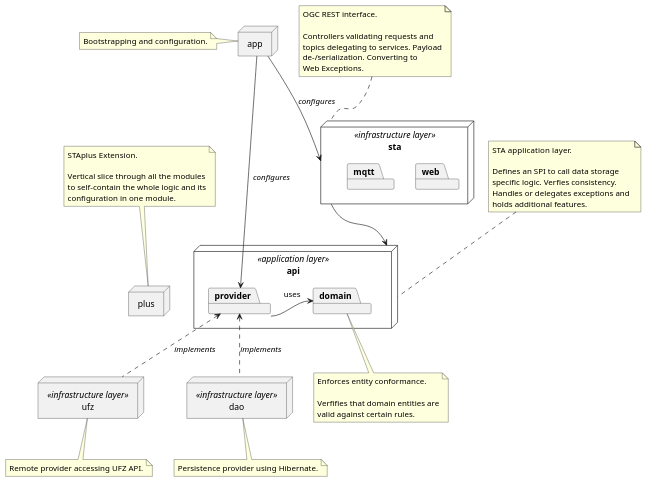
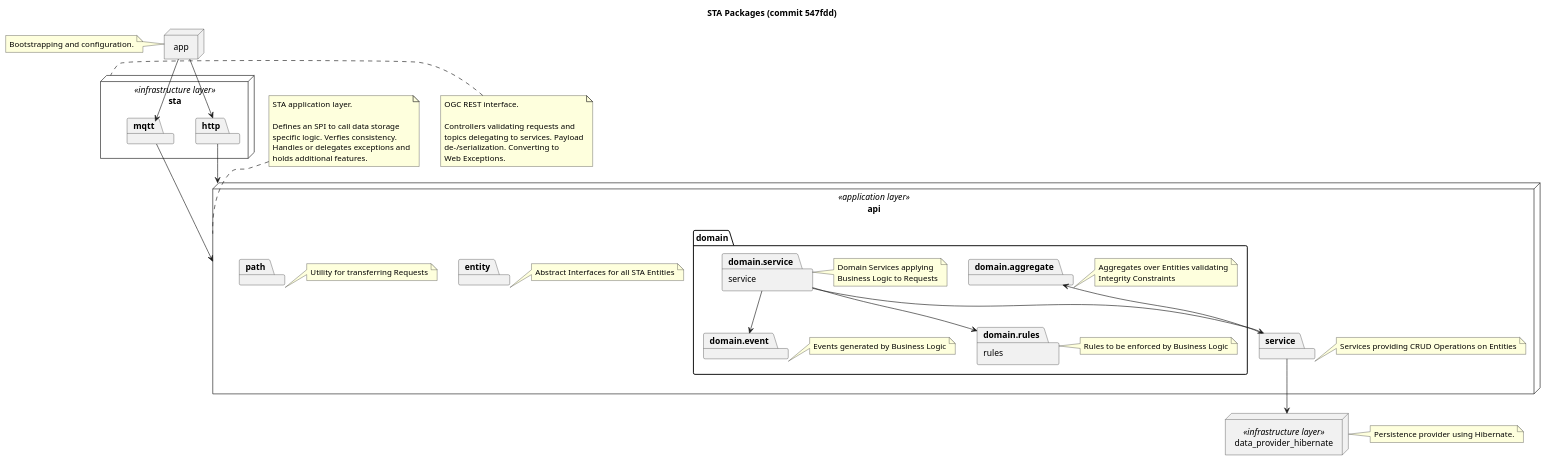
One commit to 52North/sensorweb-server-sta changed the diagram in docs/diagrams/modules.puml. Above: the diagram before and after it, drawn with PlantUML. The commit also changed 4 other files, not shown here.

Commit message:
[docs] update puml diagrams

```diff
--- a/docs/diagrams/modules.puml
+++ b/docs/diagrams/modules.puml
@@ -1,81 +1,89 @@
 @startuml SensorThings API, Modules and Dependencies
 
+title STA Packages (commit 547fdd)
+
 node app
+note left of app {
+  Bootstrapping and configuration.
+}
+
 node sta <<infrastructure layer>> {
-    package web
+    package http
     package mqtt
 }
-
-note as app_note
-  Bootstrapping and configuration.
-end note
-note as sta_note 
+note left of sta {
   OGC REST interface.
   
   Controllers validating requests and 
   topics delegating to services. Payload
   de-/serialization. Converting to
   Web Exceptions.
-end note
+}
 
-sta_note .. sta
-app_note .r. app
+app --> http
+app --> mqtt
 
 node api <<application layer>> {
-    package provider
-    package domain
-    provider -[norank]-> domain : uses
+    package domain {
+        package domain.aggregate
+        note right of domain.aggregate {
+            Aggregates over Entities validating
+            Integrity Constraints
+        }
+        package domain.event
+        note right of domain.event {
+            Events generated by Business Logic
+        }
+        package rules as domain.rules
+        note right of domain.rules {
+            Rules to be enforced by Business Logic
+        }
+        package service as domain.service
+        note right of domain.service {
+            Domain Services applying
+            Business Logic to Requests
+        }
+
+    }
+    package entity
+    note right of entity {
+        Abstract Interfaces for all STA Entities
+    }
+    package path
+    note right of path {
+        Utility for transferring Requests
+    }
+    package service
+    note right of service {
+        Services providing CRUD Operations on Entities
+    }
 }
-note as domain_note
-    Enforces entity conformance.
 
-    Verfifies that domain entities are
-    valid against certain rules.
-end note
-note as api_note 
+note top of api
     STA application layer.
 
     Defines an SPI to call data storage
     specific logic. Verfies consistency.
-    Handles or delegates exceptions and 
+    Handles or delegates exceptions and
     holds additional features.
 end note
 
-api_note .. api
-domain_note .u. domain
-
 together {
-    node ufz <<infrastructure layer>>
-    node dao <<infrastructure layer>>
+    node data_provider_hibernate <<infrastructure layer>>
 }
-note as dao_note
+note left of data_provider_hibernate
     Persistence provider using Hibernate.
 end note
-note as ufz_note
-    Remote provider accessing UFZ API.
-end note
 
-dao_note .u. dao
-ufz_note .u. ufz
+mqtt --> api
+http --> api
 
-app --> sta : //configures//
-app --> provider : //configures//
-sta --> api
+domain.service --> service
+domain.service --> domain.rules
+domain.service --> domain.event
 
-dao .u.> provider : //implements//
-ufz .u.> provider : //implements//
+service --> domain.aggregate
 
-node plus
-note as plus_note 
-  STAplus Extension.
-
-  Vertical slice through all the modules
-  to self-contain the whole logic and its
-  configuration in one module.
-end note
-
-plus_note .. plus
-api -[hidden]l-> plus
-
+service --> data_provider_hibernate
 
 @enduml
```
